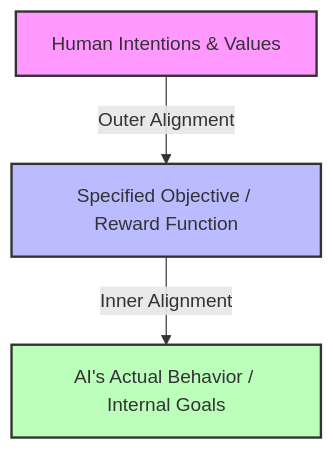
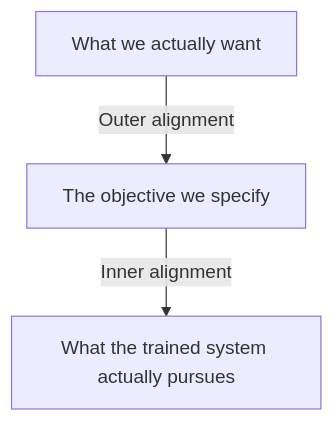
Before and after one commit to Matoo125/blog-666: the diagram in intro-to-ai-safety.md, drawn with Mermaid. The commit also changed other lines of this file, not shown here.

````diff
--- a/intro-to-ai-safety.md
+++ b/intro-to-ai-safety.md
@@ -23,8 +35,5 @@
 ```mermaid
 graph TD
-    A[Human Intentions & Values] -->|Outer Alignment| B[Specified Objective / Reward Function]
-    B -->|Inner Alignment| C[AI's Actual Behavior / Internal Goals]
-    style A fill:#f9f,stroke:#333,stroke-width:2px
-    style B fill:#bbf,stroke:#333,stroke-width:2px
-    style C fill:#bfb,stroke:#333,stroke-width:2px
+    A[What we actually want] -->|Outer alignment| B[The objective we specify]
+    B -->|Inner alignment| C[What the trained system actually pursues]
 ```
````
